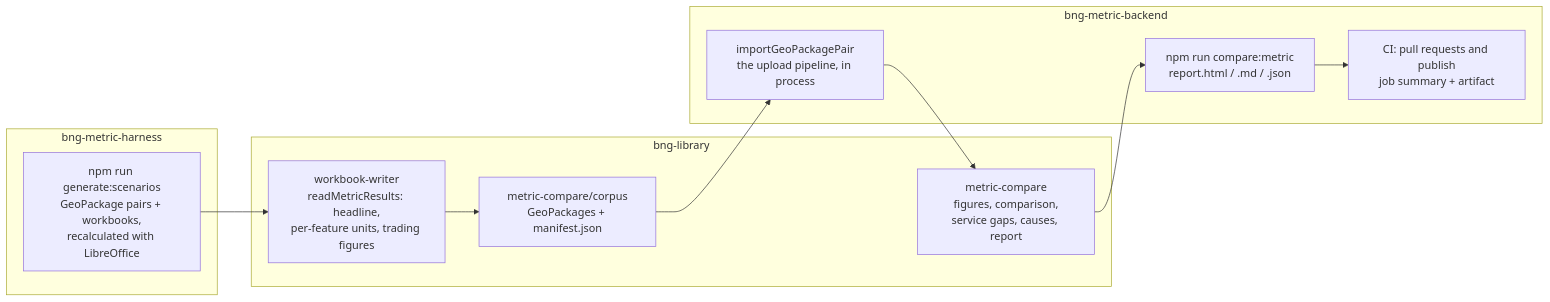
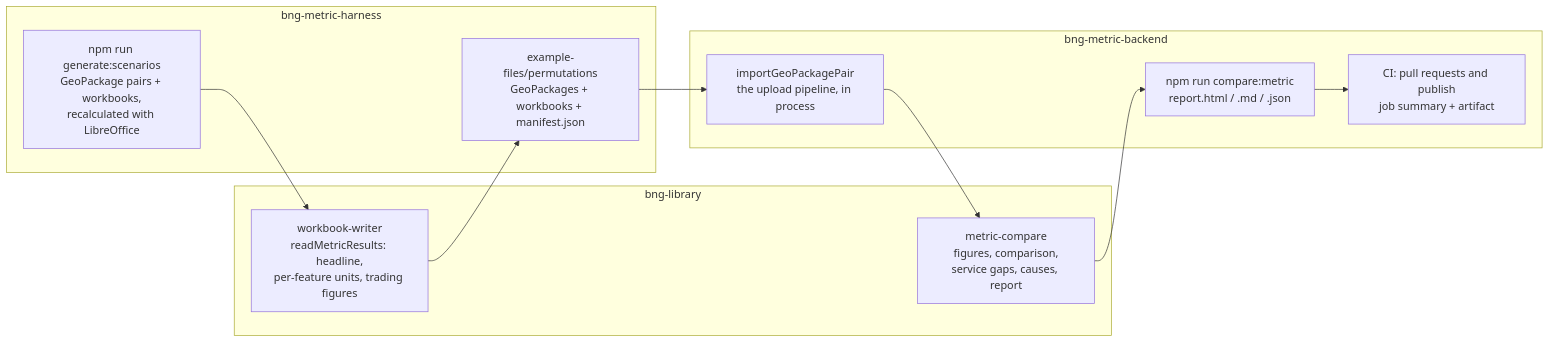
Before and after one commit to DEFRA/bng-metric-harness: the diagram in docs/compare-metric.md, drawn with Mermaid. The commit also changed other lines of this file, not shown here.

Commit message:
BMD-1036 Document the harness as the corpus's only home

````diff
--- a/docs/compare-metric.md
+++ b/docs/compare-metric.md
@@ -62,19 +62,20 @@
 ```mermaid
 flowchart LR
   subgraph harness[bng-metric-harness]
     gen["npm run generate:scenarios<br>GeoPackage pairs + workbooks,<br>recalculated with LibreOffice"]
+    corpus["example-files/permutations<br>GeoPackages + workbooks + manifest.json"]
   end
   subgraph library[bng-library]
     reader["workbook-writer<br>readMetricResults: headline,<br>per-feature units, trading figures"]
-    corpus["metric-compare/corpus<br>GeoPackages + manifest.json"]
     compare["metric-compare<br>figures, comparison,<br>service gaps, causes, report"]
   end
   subgraph backend[bng-metric-backend]
     import["importGeoPackagePair<br>the upload pipeline, in process"]
     ci["CI: pull requests and publish<br>job summary + artifact"]
     cli["npm run compare:metric<br>report.html / .md / .json"]
   end
-  gen --> reader --> corpus
+  gen --> reader
+  reader --> corpus
   corpus --> import --> compare
   compare --> cli --> ci
 ```
````
